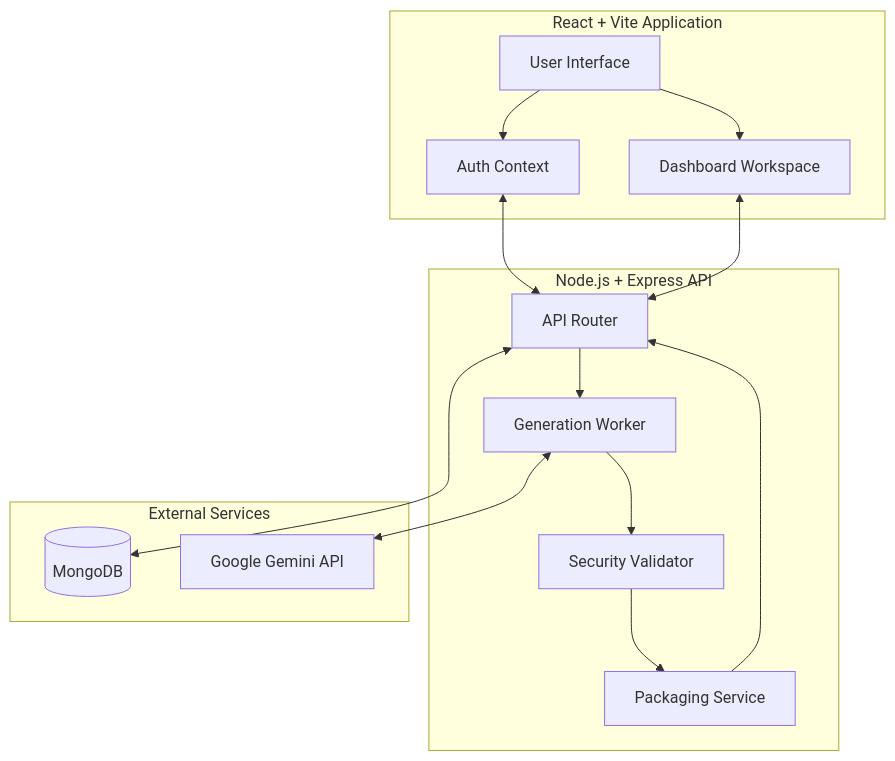
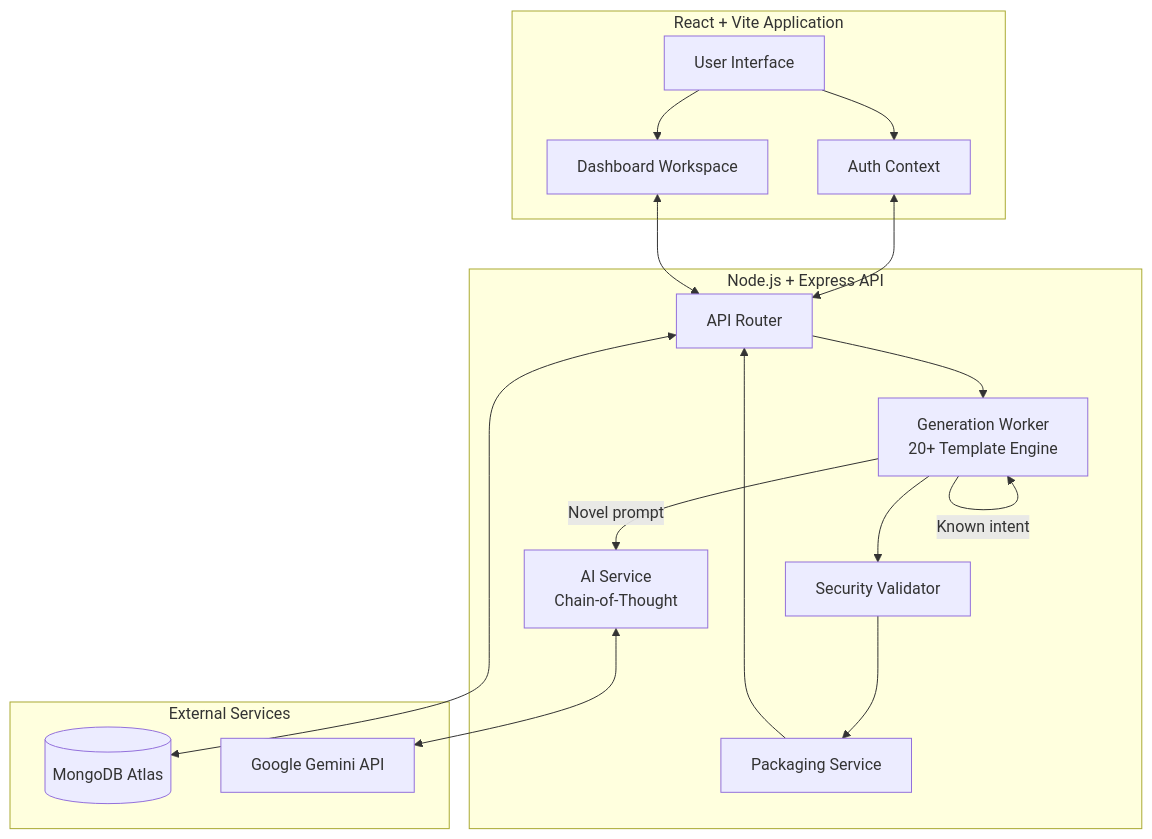
One commit to suryanshsingh07/extensio.ai changed the first of 2 diagrams in README.md. Above: the diagram before and after it, drawn with Mermaid. The commit also changed other lines of this file and 2 other files, not shown here.

````diff
--- a/README.md
+++ b/README.md
@@ -65,33 +160,36 @@
 ```mermaid
 graph TD
     subgraph Frontend [React + Vite Application]
         UI[User Interface]
         Auth[Auth Context]
         Dash[Dashboard Workspace]
     end
 
     subgraph Backend [Node.js + Express API]
         Router[API Router]
-        GenWorker[Generation Worker]
+        GenWorker[Generation Worker<br>20+ Template Engine]
+        AIService[AI Service<br>Chain-of-Thought]
         Packager[Packaging Service]
         Validator[Security Validator]
     end
 
     subgraph External Services
-        Mongo[(MongoDB)]
+        Mongo[(MongoDB Atlas)]
         Gemini[Google Gemini API]
     end
 
     UI --> Auth
     UI --> Dash
     Auth <--> Router
     Dash <--> Router
-    
+
     Router <--> Mongo
     Router --> GenWorker
-    
-    GenWorker <--> Gemini
+
+    GenWorker -->|Known intent| GenWorker
+    GenWorker -->|Novel prompt| AIService
+    AIService <--> Gemini
     GenWorker --> Validator
     Validator --> Packager
     Packager --> Router
 ```
````
